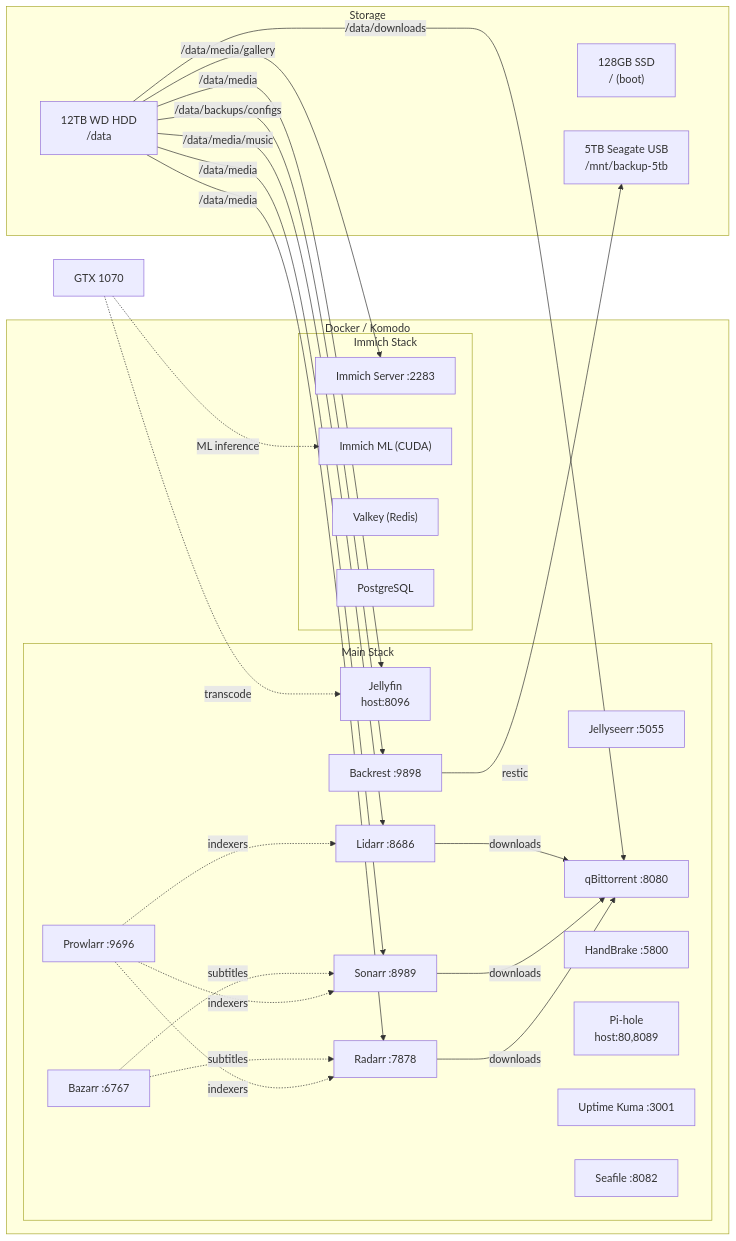
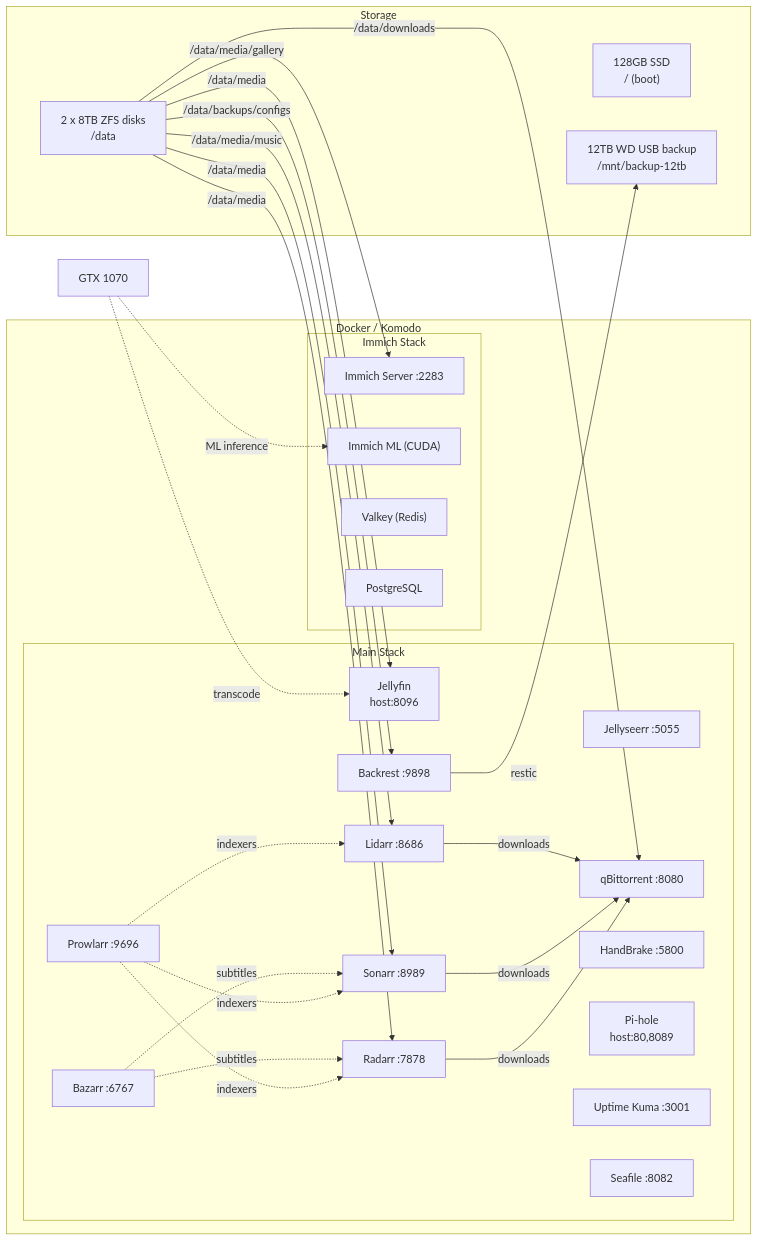
The second of 2 diagrams in README.md (Geckuss/bigmt-mediaserver), drawn with Mermaid before and after one commit. The commit also changed other lines of this file and 7 other files, not shown here.

````diff
--- a/README.md
+++ b/README.md
@@ -36,56 +36,56 @@
 ```mermaid
 graph LR
     subgraph Komodo["Docker / Komodo"]
         subgraph main["Main Stack"]
             Jellyfin["Jellyfin<br/>host:8096"]
             Radarr["Radarr :7878"]
             Sonarr["Sonarr :8989"]
             Bazarr["Bazarr :6767"]
             Lidarr["Lidarr :8686"]
             Prowlarr["Prowlarr :9696"]
             Jellyseerr["Jellyseerr :5055"]
             qBit["qBittorrent :8080"]
             HandBrake["HandBrake :5800"]
             Pihole["Pi-hole<br/>host:80,8089"]
             Backrest["Backrest :9898"]
             Kuma["Uptime Kuma :3001"]
             Seafile["Seafile :8082"]
         end
         subgraph immich["Immich Stack"]
             ImmichSrv["Immich Server :2283"]
             ImmichML["Immich ML (CUDA)"]
             Redis["Valkey (Redis)"]
             Postgres["PostgreSQL"]
         end
     end
 
     subgraph Storage
         SSD["128GB SSD<br/>/  (boot)"]
-        HDD["12TB WD HDD<br/>/data"]
-        Backup["5TB Seagate USB<br/>/mnt/backup-5tb"]
+        HDD["2 x 8TB ZFS disks<br/>/data"]
+        Backup["12TB WD USB backup<br/>/mnt/backup-12tb"]
     end
 
     GPU["GTX 1070"]
 
     GPU -.->|transcode| Jellyfin
     GPU -.->|ML inference| ImmichML
 
     HDD -->|/data/media| Jellyfin
     HDD -->|/data/media| Radarr
     HDD -->|/data/media| Sonarr
     HDD -->|/data/media/music| Lidarr
     HDD -->|/data/downloads| qBit
     HDD -->|/data/backups/configs| Backrest
     HDD -->|/data/media/gallery| ImmichSrv
 
     Prowlarr -.->|indexers| Radarr
     Prowlarr -.->|indexers| Sonarr
     Prowlarr -.->|indexers| Lidarr
     Radarr -->|downloads| qBit
     Sonarr -->|downloads| qBit
     Lidarr -->|downloads| qBit
     Bazarr -.->|subtitles| Radarr
     Bazarr -.->|subtitles| Sonarr
 
     Backrest -->|restic| Backup
 ```
````
